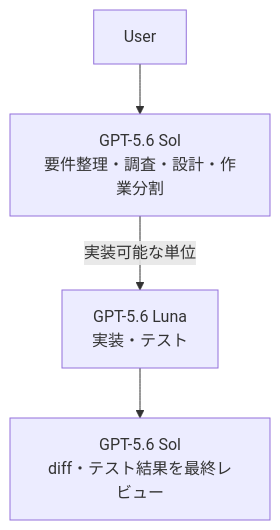
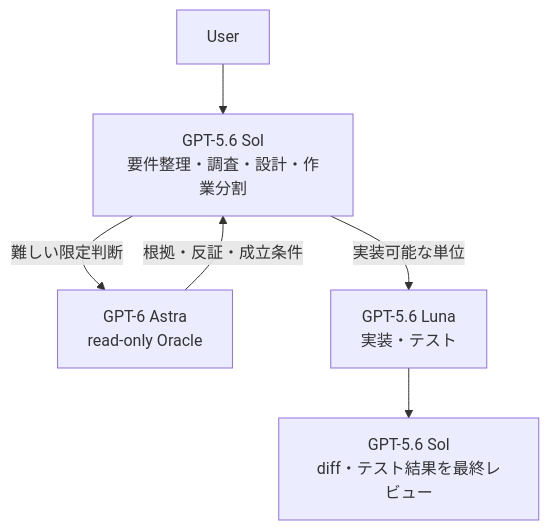
Before and after one commit to whitedoll99/codex-exosphere: the first of 3 diagrams in README.md, drawn with Mermaid. The commit also changed other lines of this file and 12 other files, not shown here.

````diff
--- a/README.md
+++ b/README.md
@@ -22,6 +22,8 @@
 ```mermaid
 flowchart TD
     U["User"] --> S1["GPT-5.6 Sol<br/>要件整理・調査・設計・作業分割"]
+    S1 -->|"難しい限定判断"| A["GPT-6 Astra<br/>read-only Oracle"]
+    A -->|"根拠・反証・成立条件"| S1
     S1 -->|"実装可能な単位"| L["GPT-5.6 Luna<br/>実装・テスト"]
     L --> S2["GPT-5.6 Sol<br/>diff・テスト結果を最終レビュー"]
 ```
````
